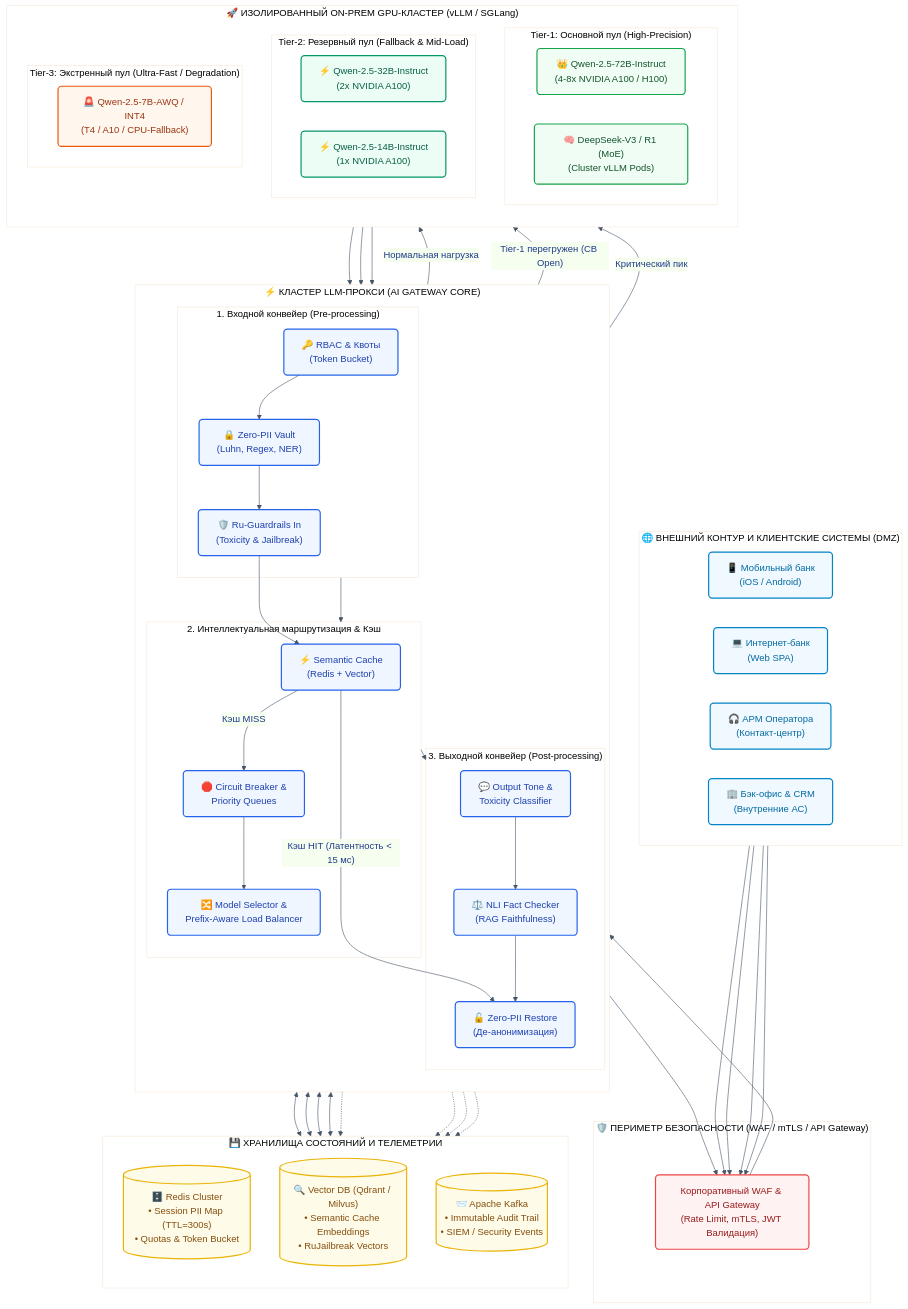
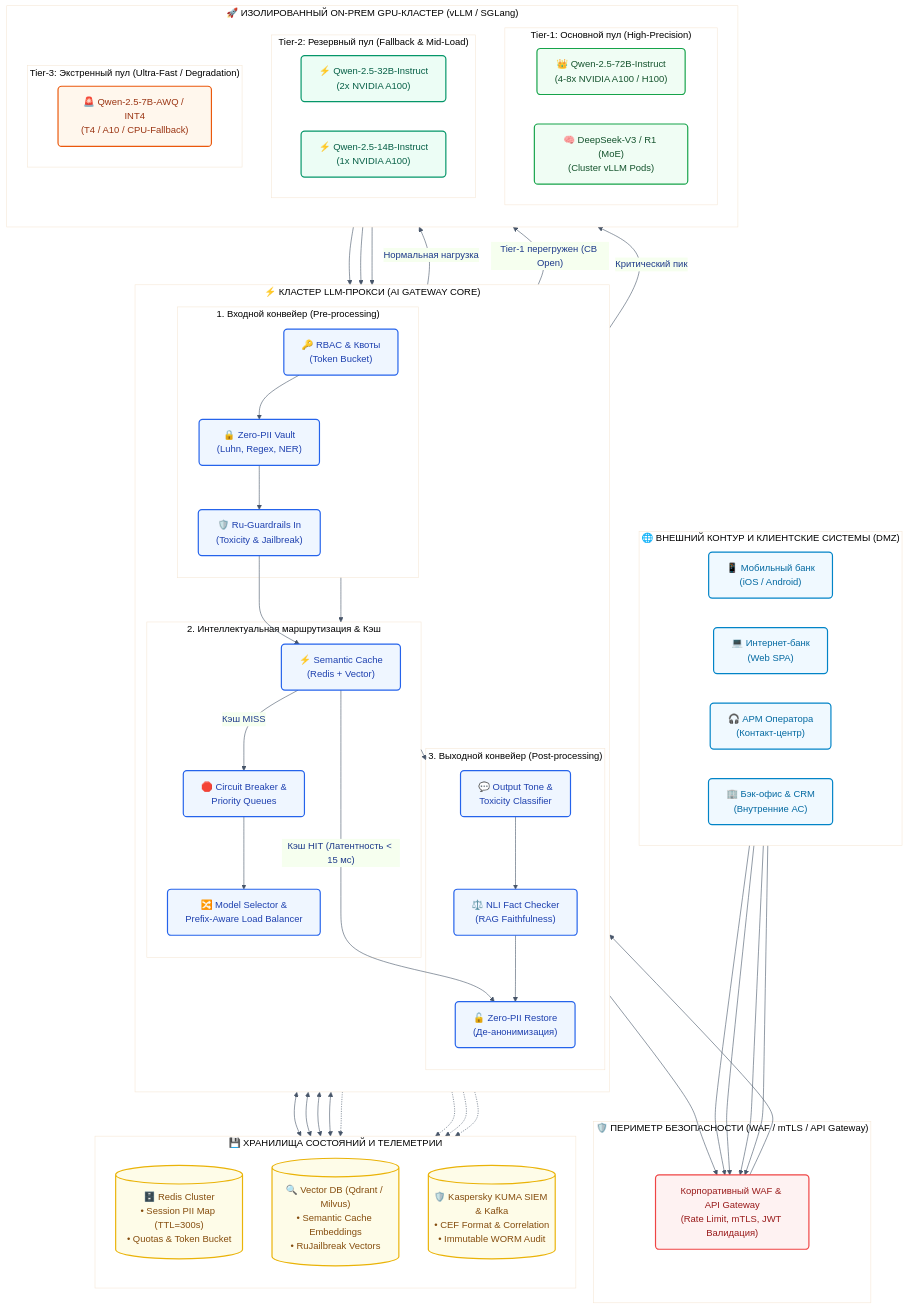
The first of 7 diagrams in docs/ARCHITECTURE_SOLUTIONS.md (vk4arm/alfa_llm_hackaton), drawn with Mermaid before and after one commit. The commit also changed other lines of this file and 11 other files, not shown here.

Commit message:
feat(security): add Threat Model and Kaspersky Lab ecosystem integration (KUMA, KCS, KSS, KATA, EDR)

```diff
--- a/docs/ARCHITECTURE_SOLUTIONS.md
+++ b/docs/ARCHITECTURE_SOLUTIONS.md
@@ -81,7 +81,7 @@
         direction TB
         RedisVault[("🗄️ Redis Cluster<br/>• Session PII Map (TTL=300s)<br/>• Quotas & Token Bucket")]
         VectorCache[("🔍 Vector DB (Qdrant / Milvus)<br/>• Semantic Cache Embeddings<br/>• RuJailbreak Vectors")]
-        KafkaAudit[("📨 Apache Kafka<br/>• Immutable Audit Trail<br/>• SIEM / Security Events")]
+        KafkaAudit[("🛡️ Kaspersky KUMA SIEM & Kafka<br/>• CEF Format & Correlation<br/>• Immutable WORM Audit")]
     end
 
     subgraph ONPREM_GPU[" 🚀 ИЗОЛИРОВАННЫЙ ON-PREM GPU-КЛАСТЕР (vLLM / SGLang) "]
```
